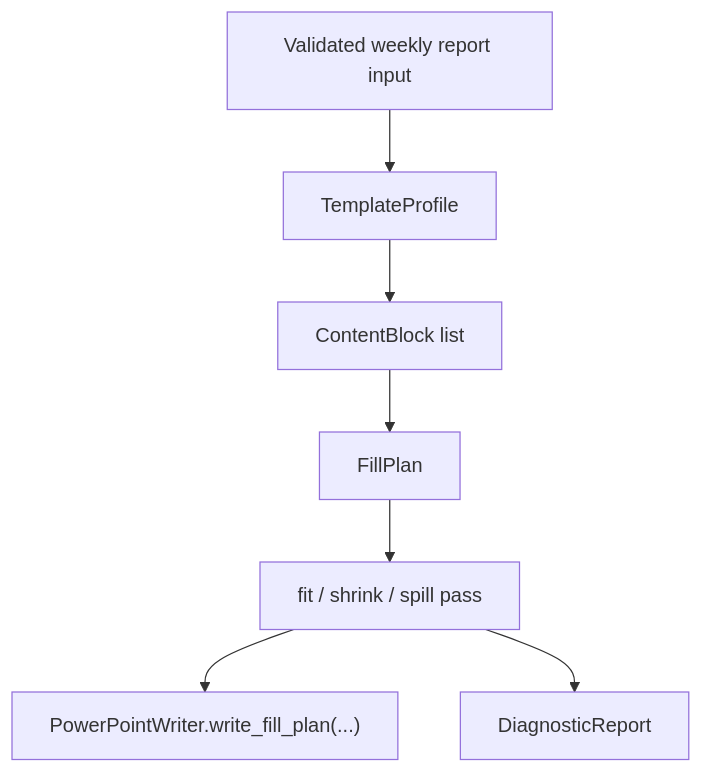
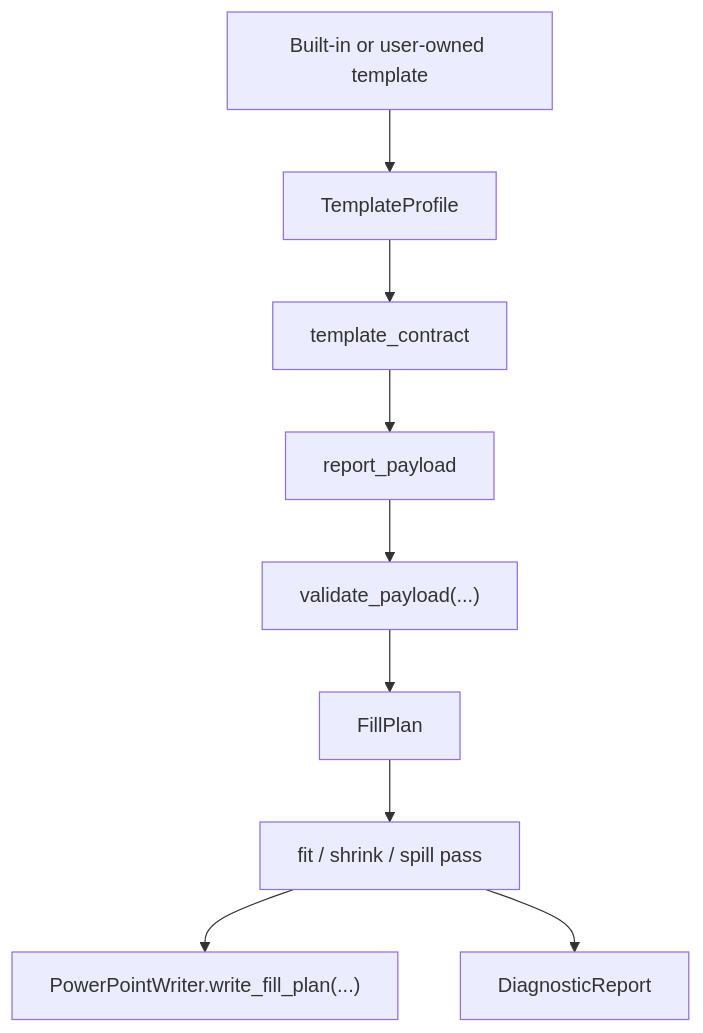
Before and after one commit to tubtrb/autoreport: the diagram in docs/architecture/template-aware-autofill-engine.md, drawn with Mermaid. The commit also changed other lines of this file and 6 other files, not shown here.

````diff
--- a/docs/architecture/template-aware-autofill-engine.md
+++ b/docs/architecture/template-aware-autofill-engine.md
@@ -25,9 +30,11 @@
 ```mermaid
 flowchart TD
-    INPUT["Validated weekly report input"] --> PROFILE["TemplateProfile"]
-    PROFILE --> BLOCKS["ContentBlock list"]
-    BLOCKS --> PLAN["FillPlan"]
+    TEMPLATE["Built-in or user-owned template"] --> PROFILE["TemplateProfile"]
+    PROFILE --> CONTRACT["template_contract"]
+    CONTRACT --> PAYLOAD["report_payload"]
+    PAYLOAD --> VALIDATE["validate_payload(...)"]
+    VALIDATE --> PLAN["FillPlan"]
     PLAN --> FIT["fit / shrink / spill pass"]
     FIT --> WRITE["PowerPointWriter.write_fill_plan(...)"]
     FIT --> DIAG["DiagnosticReport"]
 ```
````
